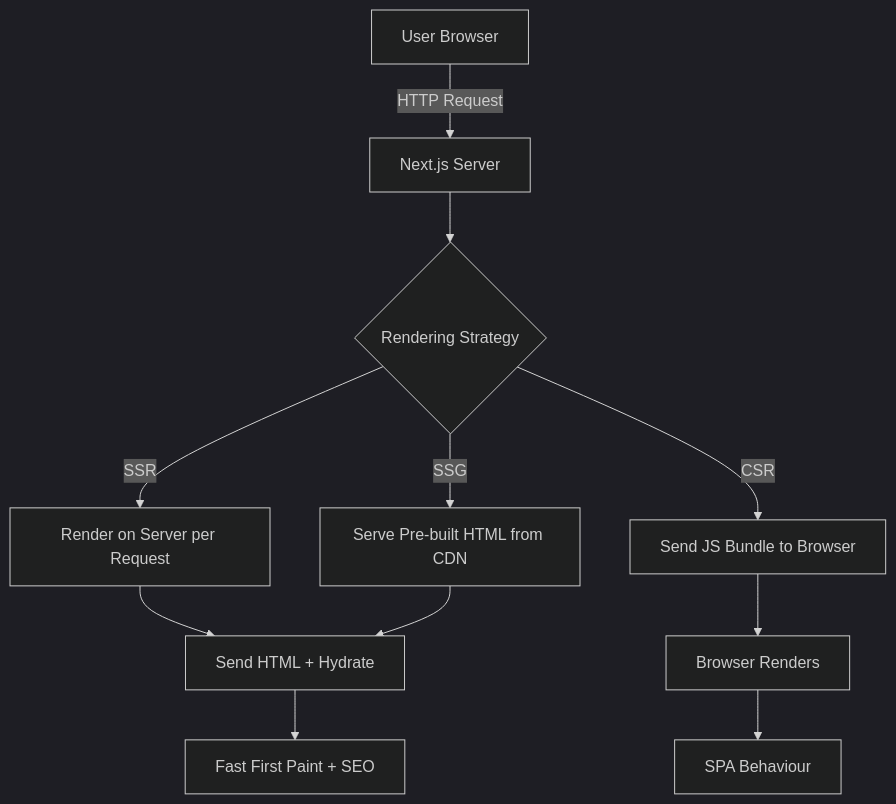
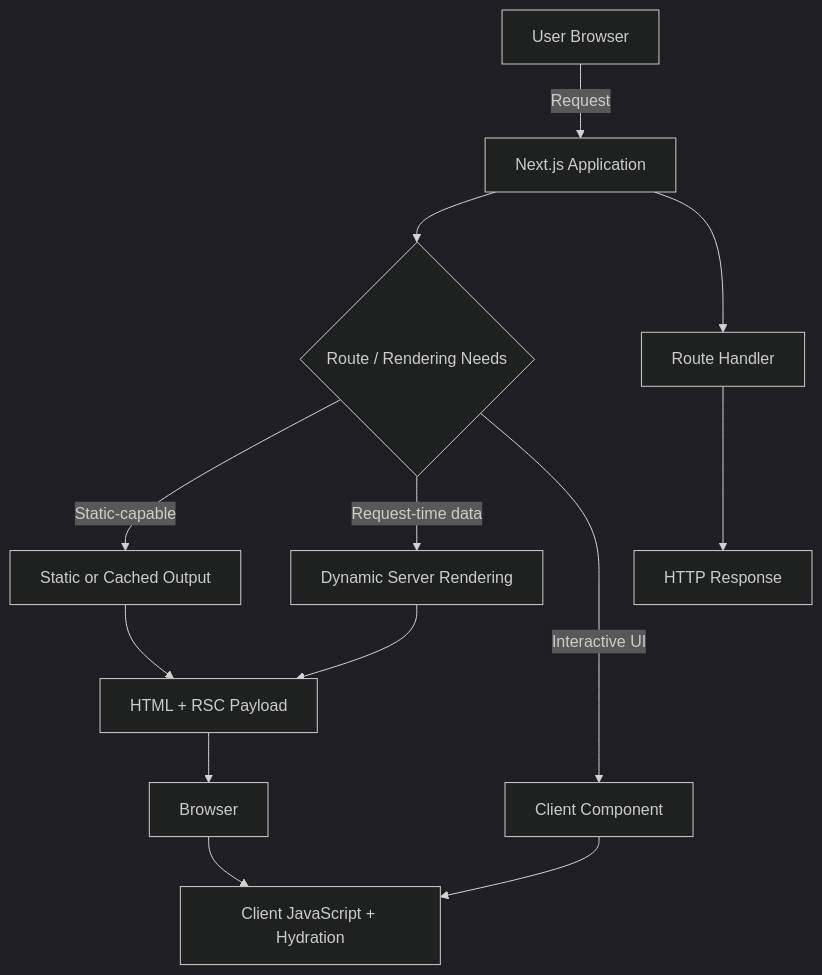
Before and after one commit to kaushalkumar8459/CodingTerminal-Tutorial-Notes: the diagram in tutorial-platform/public/tutorials/nextjs/day-001-what-is-nextjs-and-why-use-it.md, drawn with Mermaid (dark theme). The commit also changed other lines of this file, not shown here.

Commit message:
docs(nextjs): enhance day 1 with current Next.js guidance

````diff
--- a/tutorial-platform/public/tutorials/nextjs/day-001-what-is-nextjs-and-why-use-it.md
+++ b/tutorial-platform/public/tutorials/nextjs/day-001-what-is-nextjs-and-why-use-it.md
@@ -258,13 +280,15 @@
 ```mermaid
 flowchart TD
-  A[User Browser] -->|HTTP Request| B[Next.js Server]
-  B --> C{Rendering Strategy}
-  C -->|SSR| D[Render on Server per Request]
-  C -->|SSG| E[Serve Pre-built HTML from CDN]
-  C -->|CSR| F[Send JS Bundle to Browser]
-  D --> G[Send HTML + Hydrate]
+  A[User Browser] -->|Request| B[Next.js Application]
+  B --> C{Route / Rendering Needs}
+  C -->|Static-capable| D[Static or Cached Output]
+  C -->|Request-time data| E[Dynamic Server Rendering]
+  C -->|Interactive UI| F[Client Component]
+  D --> G[HTML + RSC Payload]
   E --> G
-  F --> H[Browser Renders]
-  G --> I[Fast First Paint + SEO]
-  H --> J[SPA Behaviour]
+  G --> H[Browser]
+  F --> I[Client JavaScript + Hydration]
+  H --> I
+  B --> J[Route Handler]
+  J --> K[HTTP Response]
 ```
````
